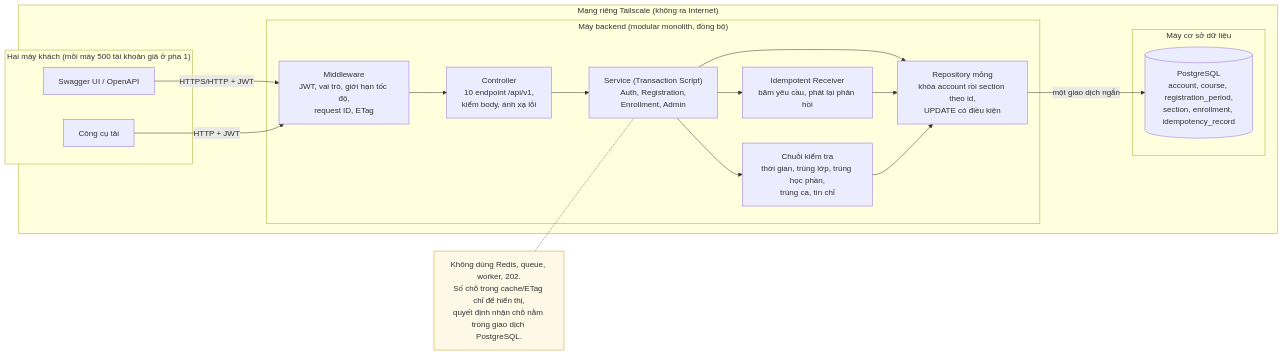
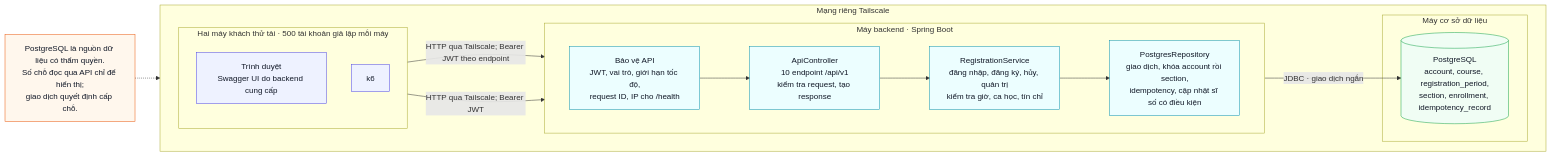
The diagram in docs/diagrams/kien-truc.mmd (KidouNguyen25/VNU-dangkyhocphan-premium), drawn with Mermaid before and after one commit. The commit also changed 17 other files, not shown here.

Commit message:
docs: đồng bộ sơ đồ và tài liệu triển khai

```diff
--- a/docs/diagrams/kien-truc.mmd
+++ b/docs/diagrams/kien-truc.mmd
@@ -1,34 +1,39 @@
 flowchart LR
-    subgraph TS["Mạng riêng Tailscale (không ra Internet)"]
-        subgraph CL["Hai máy khách (mỗi máy 500 tài khoản giả ở pha 1)"]
-            SW["Swagger UI / OpenAPI"]
-            LT["Công cụ tải"]
+    subgraph TS["Mạng riêng Tailscale"]
+        direction LR
+
+        subgraph CLIENTS["Hai máy khách thử tải · 500 tài khoản giả lập mỗi máy"]
+            direction TB
+            SW["Trình duyệt<br/>Swagger UI do backend cung cấp"]
+            K6["k6"]
         end
 
-        subgraph BE["Máy backend (modular monolith, đồng bộ)"]
-            MW["Middleware<br/>JWT, vai trò, giới hạn tốc độ,<br/>request ID, ETag"]
-            CT["Controller<br/>10 endpoint /api/v1,<br/>kiểm body, ánh xạ lỗi"]
-            SV["Service (Transaction Script)<br/>Auth, Registration,<br/>Enrollment, Admin"]
-            VL["Chuỗi kiểm tra<br/>thời gian, trùng lớp, trùng học phần,<br/>trùng ca, tín chỉ"]
-            RP["Repository mỏng<br/>khóa account rồi section theo id,<br/>UPDATE có điều kiện"]
-            ID["Idempotent Receiver<br/>băm yêu cầu, phát lại phản hồi"]
+        subgraph APP["Máy backend · Spring Boot"]
+            direction LR
+            SEC["Bảo vệ API<br/>JWT, vai trò, giới hạn tốc độ,<br/>request ID, IP cho /health"]
+            API["ApiController<br/>10 endpoint /api/v1<br/>kiểm tra request, tạo response"]
+            DOMAIN["RegistrationService<br/>đăng nhập, đăng ký, hủy, quản trị<br/>kiểm tra giờ, ca học, tín chỉ"]
+            DATA["PostgresRepository<br/>giao dịch, khóa account rồi section,<br/>idempotency, cập nhật sĩ số có điều kiện"]
         end
 
-        subgraph DBM["Máy cơ sở dữ liệu"]
+        subgraph DBHOST["Máy cơ sở dữ liệu"]
             PG[("PostgreSQL<br/>account, course, registration_period,<br/>section, enrollment, idempotency_record")]
         end
     end
 
-    SW -->|HTTPS/HTTP + JWT| MW
-    LT -->|HTTP + JWT| MW
-    MW --> CT --> SV
-    SV --> VL
-    SV --> ID
-    SV --> RP
-    ID --> RP
-    VL --> RP
-    RP -->|một giao dịch ngắn| PG
+    SW -->|HTTP qua Tailscale; Bearer JWT theo endpoint| SEC
+    K6 -->|HTTP qua Tailscale; Bearer JWT| SEC
+    SEC --> API --> DOMAIN --> DATA
+    DATA -->|JDBC · giao dịch ngắn| PG
 
-    classDef note fill:#fff8e6,stroke:#c9a227,color:#333
-    N1["Không dùng Redis, queue, worker, 202.<br/>Số chỗ trong cache/ETag chỉ để hiển thị,<br/>quyết định nhận chỗ nằm trong giao dịch PostgreSQL."]:::note
-    N1 -.- SV
+    NOTE["PostgreSQL là nguồn dữ liệu có thẩm quyền.<br/>Số chỗ đọc qua API chỉ để hiển thị;<br/>giao dịch quyết định cấp chỗ."]
+    NOTE -.-> PG
+
+    classDef client fill:#eef2ff,stroke:#4f46e5,color:#111827
+    classDef app fill:#ecfeff,stroke:#0891b2,color:#111827
+    classDef database fill:#f0fdf4,stroke:#16a34a,color:#111827
+    classDef note fill:#fff7ed,stroke:#ea580c,color:#111827
+    class SW,K6 client
+    class SEC,API,DOMAIN,DATA app
+    class PG database
+    class NOTE note
```
